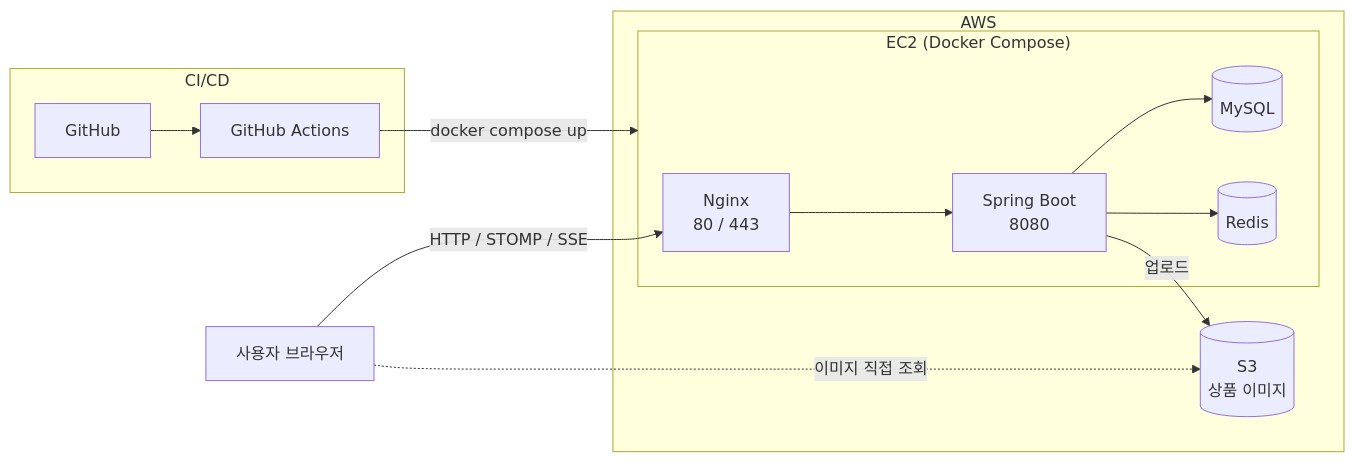
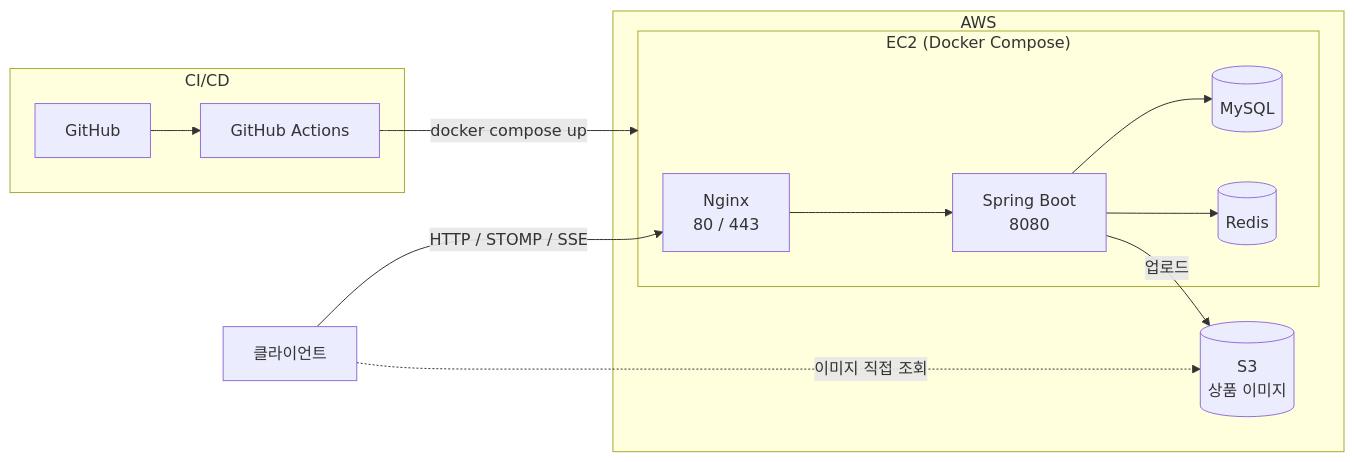
Before and after one commit to f-lab-edu/TTUK: the first of 4 diagrams in README.md, drawn with Mermaid. The commit also changed other lines of this file, not shown here.

````diff
--- a/README.md
+++ b/README.md
@@ -74,25 +74,25 @@
 ```mermaid
 flowchart LR
-    U[사용자 브라우저]
+    U[클라이언트]
 
     subgraph AWS["AWS"]
         subgraph EC2["EC2 (Docker Compose)"]
             N[Nginx<br/>80 / 443]
             S[Spring Boot<br/>8080]
             M[(MySQL)]
             R[(Redis)]
         end
         S3[(S3<br/>상품 이미지)]
     end
 
     U -- "HTTP / STOMP / SSE" --> N --> S
     S --> M
     S --> R
     S -- 업로드 --> S3
     U -. 이미지 직접 조회 .-> S3
 
     subgraph CI["CI/CD"]
         G[GitHub] --> A[GitHub Actions]
     end
     A -- "docker compose up" --> EC2
 ```
````
